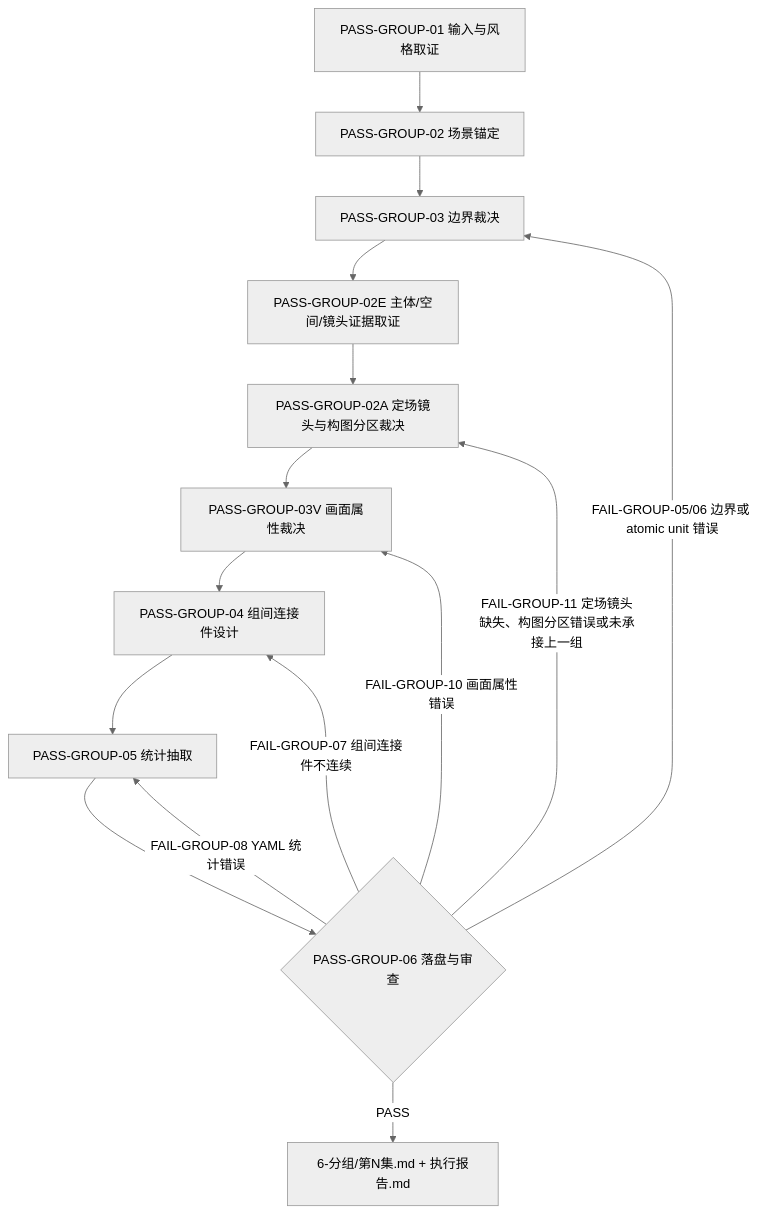
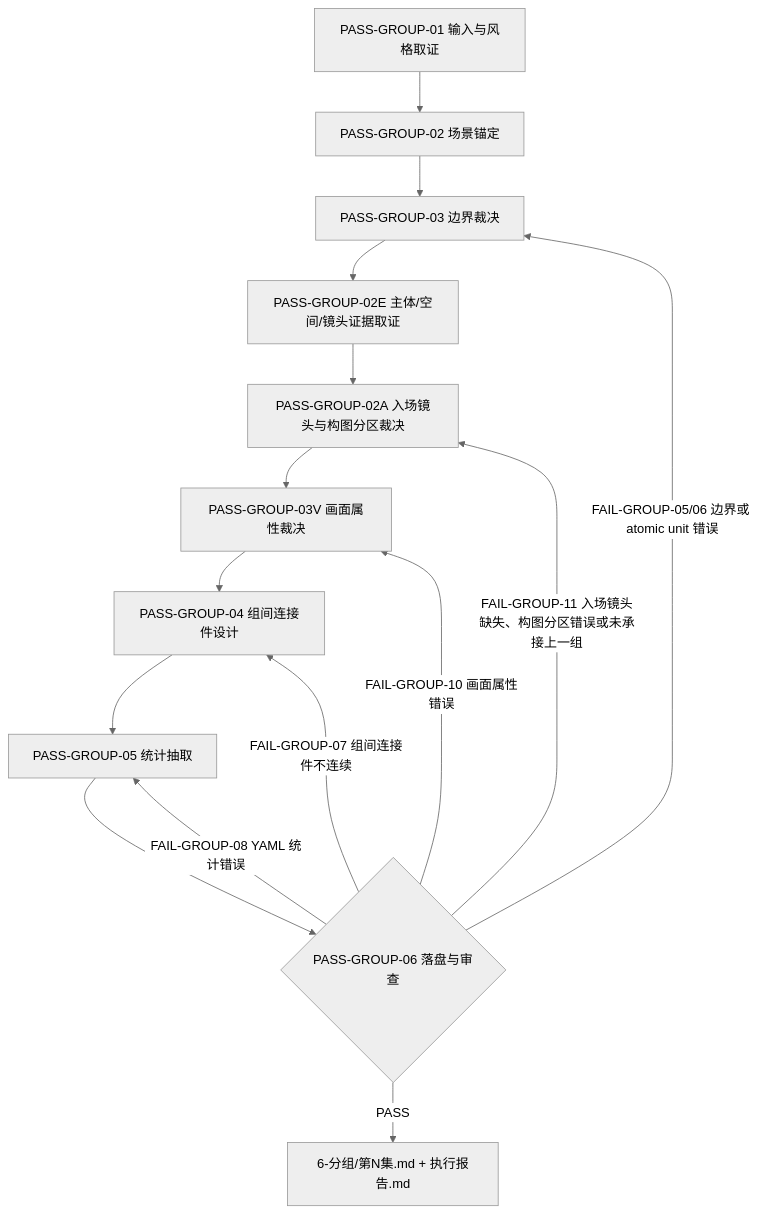
Before and after one commit to ZEN-VOID/AI-CUT: the third of 4 diagrams in .agents/skills/aigc/6-分组/SKILL.md, drawn with Mermaid (neutral theme). The commit also changed other lines of this file and 209 other files, not shown here.

````diff
--- a/.agents/skills/aigc/6-分组/SKILL.md
+++ b/.agents/skills/aigc/6-分组/SKILL.md
@@ -115,17 +115,17 @@
 ```mermaid
 flowchart TD
     P1["PASS-GROUP-01 输入与风格取证"] --> P2["PASS-GROUP-02 场景锚定"]
     P2 --> P3["PASS-GROUP-03 边界裁决"]
     P3 --> P2E["PASS-GROUP-02E 主体/空间/镜头证据取证"]
-    P2E --> P2A["PASS-GROUP-02A 定场镜头与构图分区裁决"]
+    P2E --> P2A["PASS-GROUP-02A 入场镜头与构图分区裁决"]
     P2A --> P3V["PASS-GROUP-03V 画面属性裁决"]
     P3V --> P4["PASS-GROUP-04 组间连接件设计"]
     P4 --> P5["PASS-GROUP-05 统计抽取"]
     P5 --> P6{"PASS-GROUP-06 落盘与审查"}
     P6 -->|"PASS"| O["6-分组/第N集.md + 执行报告.md"]
-    P6 -->|"FAIL-GROUP-11 定场镜头缺失、构图分区错误或未承接上一组"| P2A
+    P6 -->|"FAIL-GROUP-11 入场镜头缺失、构图分区错误或未承接上一组"| P2A
     P6 -->|"FAIL-GROUP-10 画面属性错误"| P3V
     P6 -->|"FAIL-GROUP-05/06 边界或 atomic unit 错误"| P3
     P6 -->|"FAIL-GROUP-07 组间连接件不连续"| P4
     P6 -->|"FAIL-GROUP-08 YAML 统计错误"| P5
 ```
````
